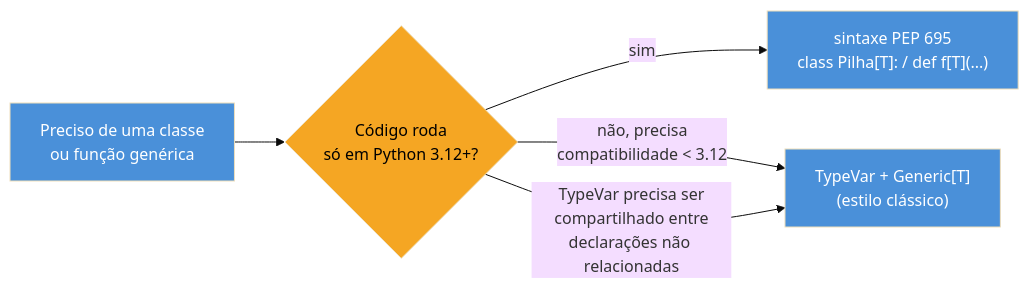
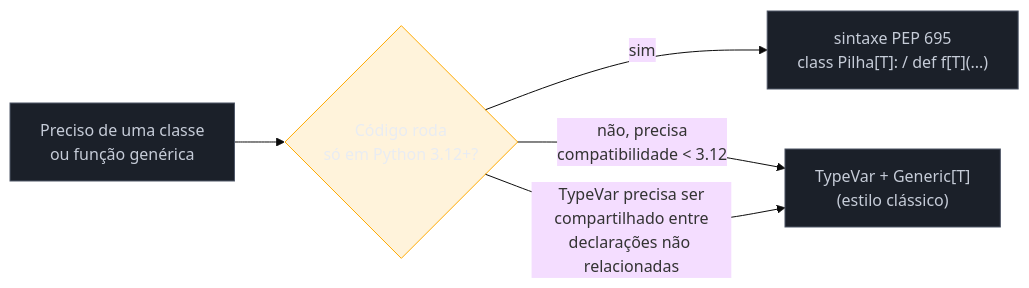
Before and after one commit to josenaldo/codex-technomanticus: the second of 2 diagrams in 03-Dominios/Tecnologia/Python/Tipagem moderna/03 - Generics — TypeVar, Generic e sintaxe moderna.md, drawn with Mermaid (base theme). The commit also changed other lines of this file and 1181 other files, not shown here.

First line of the commit message:
fix(diagramas): paleta do sistema no lugar de cor cravada no markdown

````diff
--- a/03-Dominios/Tecnologia/Python/Tipagem moderna/03 - Generics — TypeVar, Generic e sintaxe moderna.md
+++ b/03-Dominios/Tecnologia/Python/Tipagem moderna/03 - Generics — TypeVar, Generic e sintaxe moderna.md
@@ -235,12 +238,14 @@
 ```mermaid
 flowchart LR
+    classDef neutro fill:#1B2029,stroke:#4E5666,color:#C6CCD8
+    classDef destaque fill:#FFAA0024,stroke:#FFAA00,color:#E9ECF2
     A["Preciso de uma classe<br/>ou função genérica"] --> B{"Código roda<br/>só em Python 3.12+?"}
     B -->|"sim"| C["sintaxe PEP 695<br/>class Pilha[T]: / def f[T](...)"]
     B -->|"não, precisa<br/>compatibilidade < 3.12"| D["TypeVar + Generic[T]<br/>(estilo clássico)"]
     B -->|"TypeVar precisa ser<br/>compartilhado entre<br/>declarações não relacionadas"| D
 
-    style A fill:#4A90D9,color:#fff
-    style B fill:#F5A623,color:#000
-    style C fill:#4A90D9,color:#fff
-    style D fill:#4A90D9,color:#fff
+    class A neutro
+    class B destaque
+    class C neutro
+    class D neutro
 ```
````
